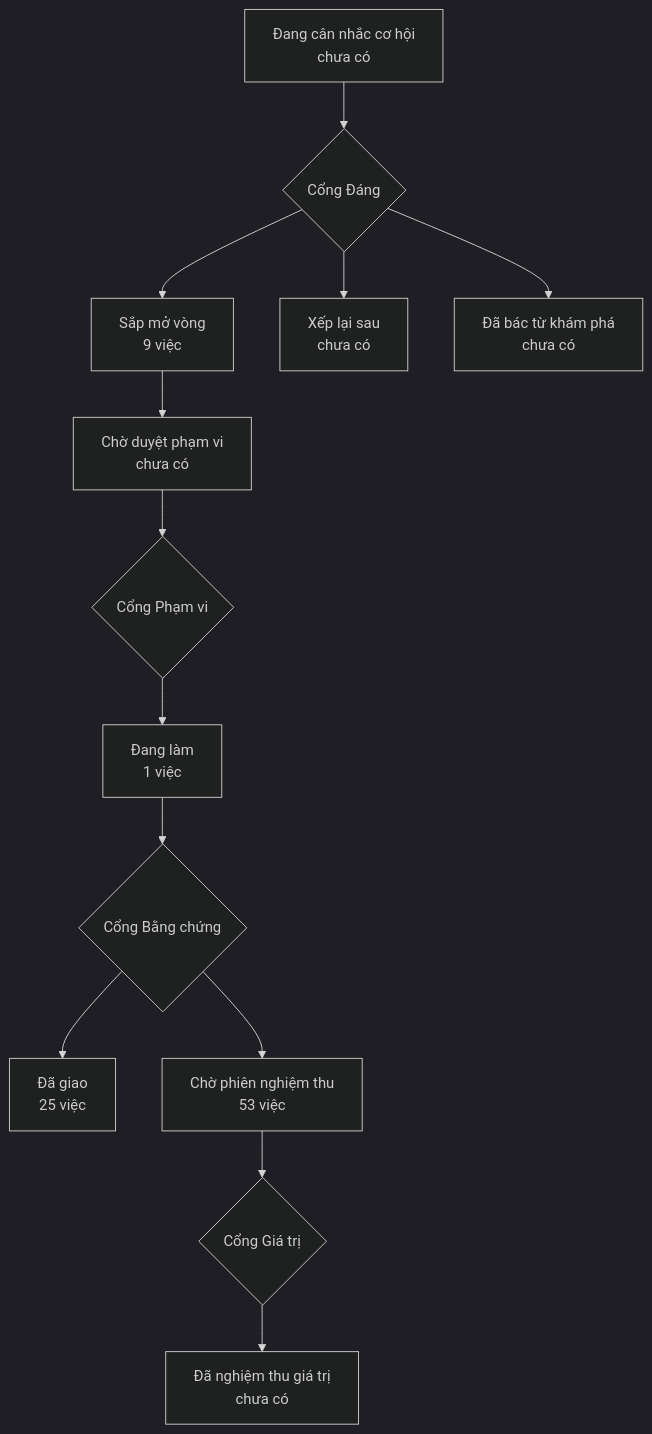
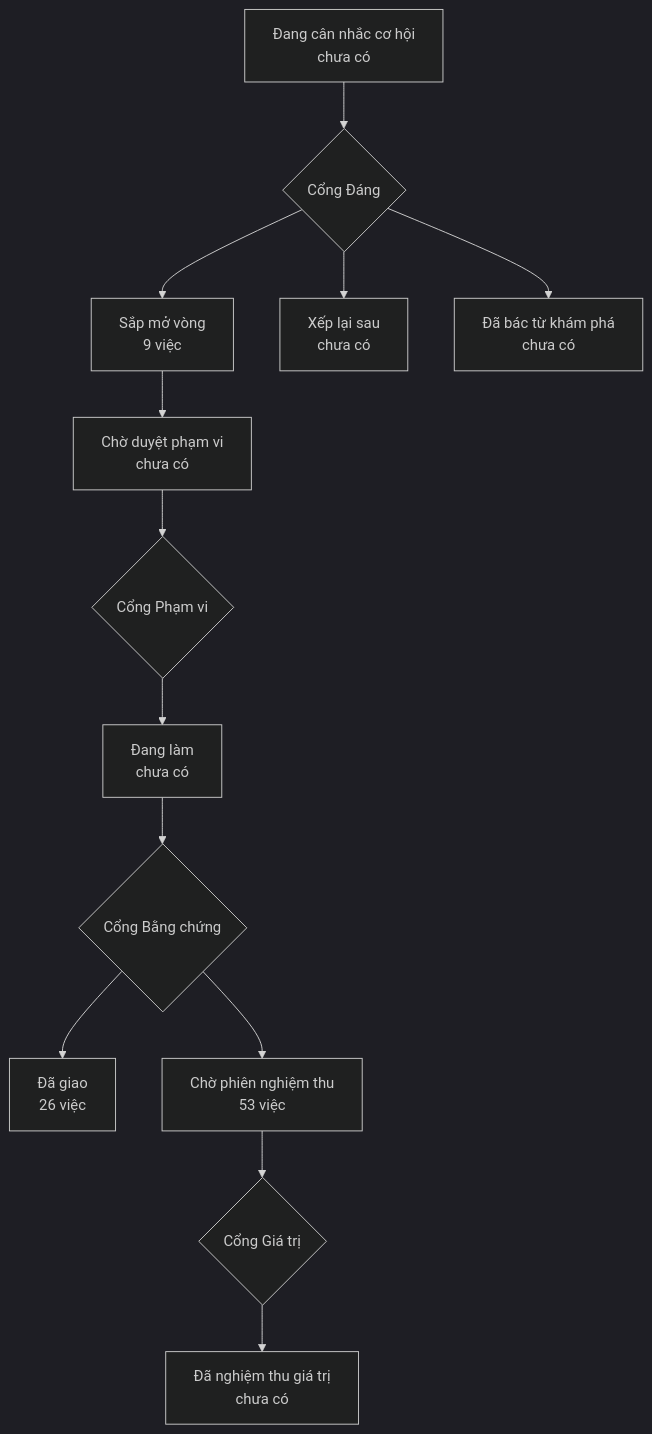
Before and after one commit to phanlemanh/onehub-inventory: the diagram in PRODUCT-MAP.md, drawn with Mermaid (dark theme). The commit also changed other lines of this file and 4 other files, not shown here.

````diff
--- a/PRODUCT-MAP.md
+++ b/PRODUCT-MAP.md
@@ -7,12 +7,12 @@
 ```mermaid
 flowchart TD
   A["Đang cân nhắc cơ hội<br/>chưa có"] --> GD{"Cổng Đáng"}
   GD --> B["Sắp mở vòng<br/>9 việc"]
   GD --> XL["Xếp lại sau<br/>chưa có"]
   GD --> DB["Đã bác từ khám phá<br/>chưa có"]
   B --> CD["Chờ duyệt phạm vi<br/>chưa có"] --> GP{"Cổng Phạm vi"}
-  GP --> DL["Đang làm<br/>1 việc"] --> GB{"Cổng Bằng chứng"}
-  GB --> DG["Đã giao<br/>25 việc"]
+  GP --> DL["Đang làm<br/>chưa có"] --> GB{"Cổng Bằng chứng"}
+  GB --> DG["Đã giao<br/>26 việc"]
   GB --> CN["Chờ phiên nghiệm thu<br/>53 việc"] --> GG{"Cổng Giá trị"}
   GG --> NT["Đã nghiệm thu giá trị<br/>chưa có"]
 ```
````
